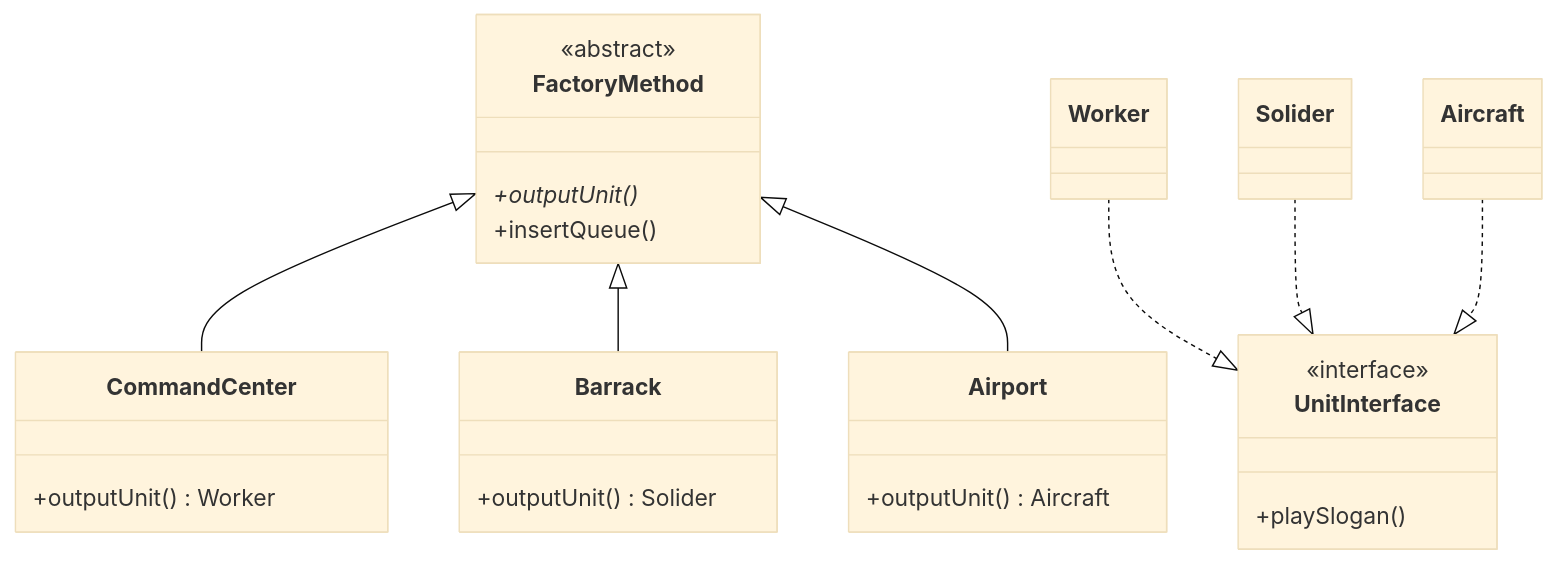
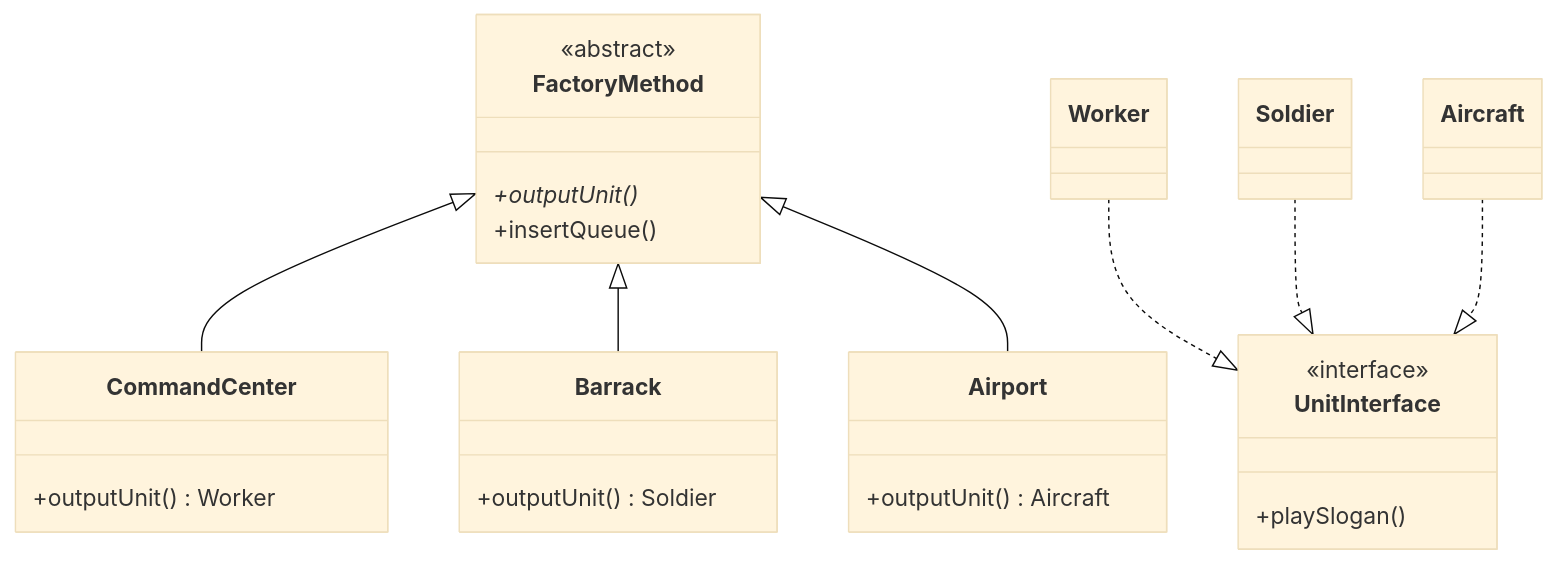
One commit to YenShiangGao/DesignPatternExample changed the diagram in docs/creational/factory-method.md. Above: the diagram before and after it, drawn with Mermaid (base theme). The commit also changed other lines of this file and 3 other files, not shown here.

````diff
--- a/docs/creational/factory-method.md
+++ b/docs/creational/factory-method.md
@@ -211,27 +211,27 @@
 ```mermaid
 classDiagram
     FactoryMethod <|-- CommandCenter
     FactoryMethod <|-- Barrack
     FactoryMethod <|-- Airport
     Worker ..|> UnitInterface
-    Solider ..|> UnitInterface
+    Soldier ..|> UnitInterface
     Aircraft ..|> UnitInterface
     class FactoryMethod {
         <<abstract>>
         +outputUnit()*
         +insertQueue()
     }
     class CommandCenter {
         +outputUnit() Worker
     }
     class Barrack {
-        +outputUnit() Solider
+        +outputUnit() Soldier
     }
     class Airport {
         +outputUnit() Aircraft
     }
     class UnitInterface {
         <<interface>>
         +playSlogan()
     }
 ```
````
